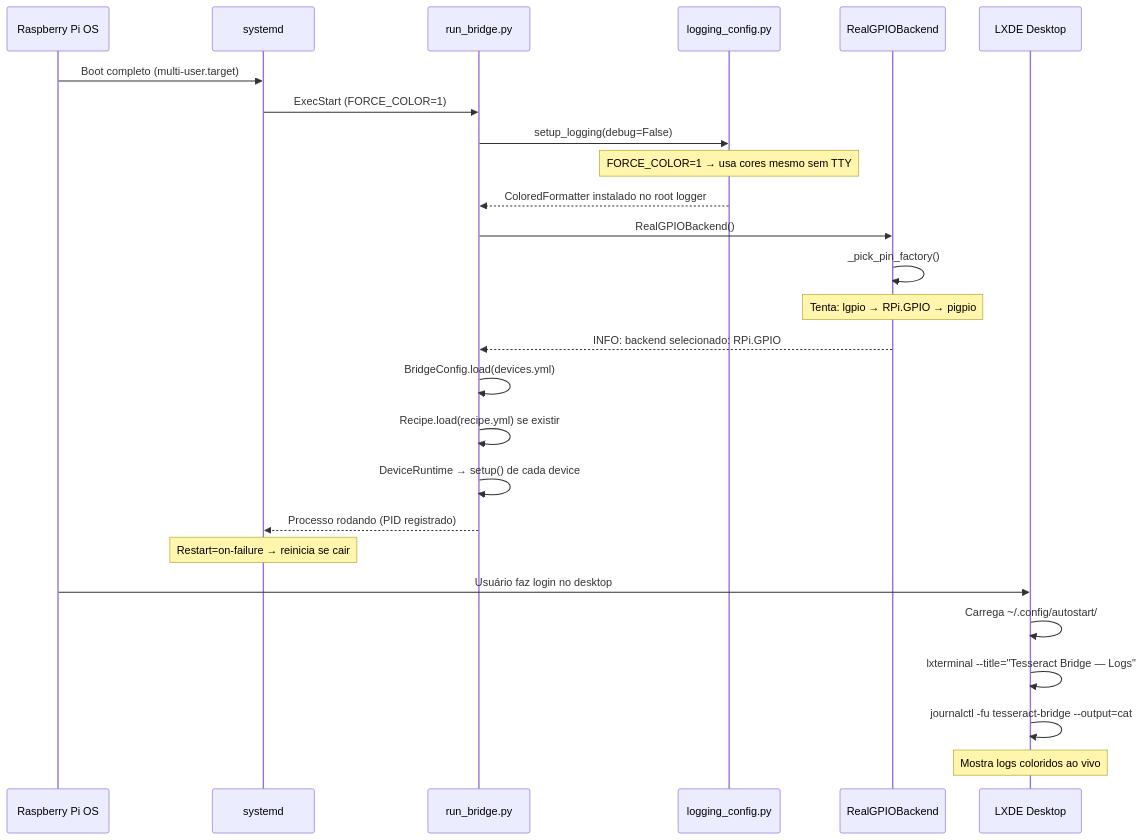
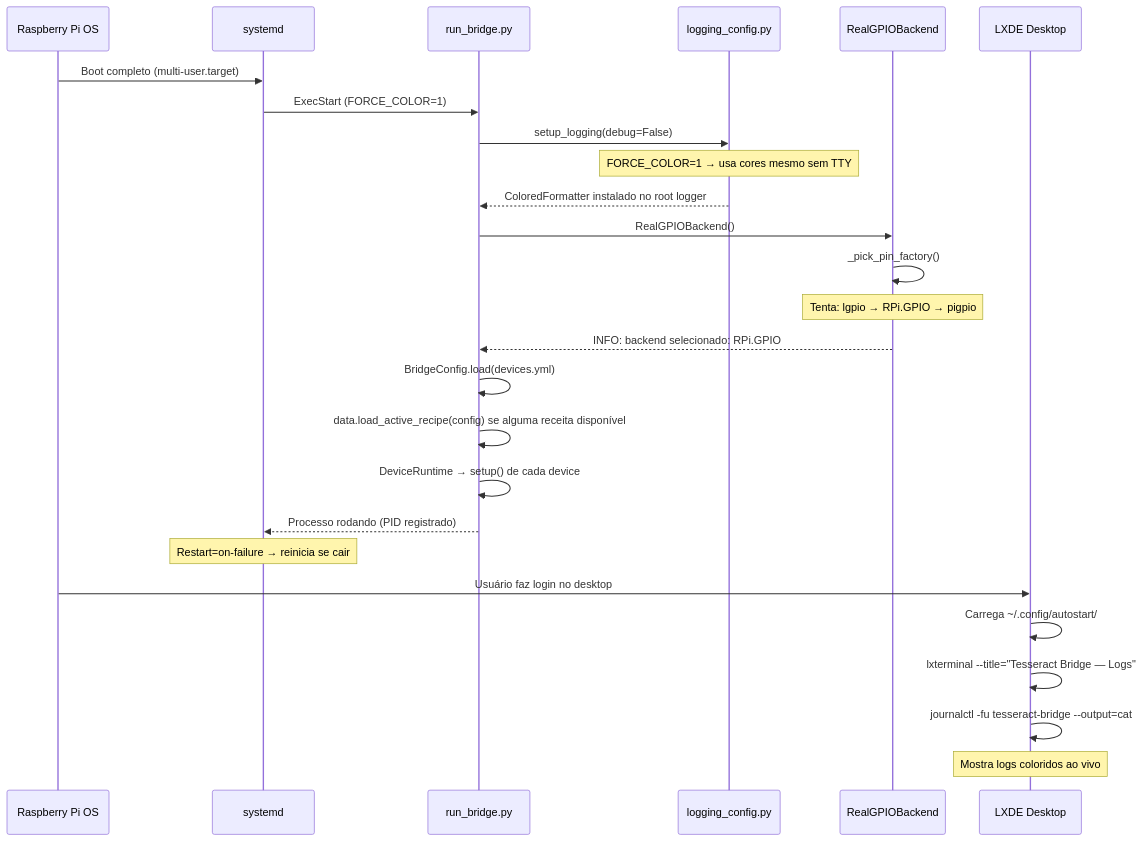
The first of 9 diagrams in docs/technical/03-fluxos.md (ChristopherNicolasSMM/Tesseract-Device-Bridge), drawn with Mermaid before and after one commit. The commit also changed 14 other files, not shown here.

````diff
--- a/docs/technical/03-fluxos.md
+++ b/docs/technical/03-fluxos.md
@@ -9,33 +9,33 @@
 ```mermaid
 sequenceDiagram
     participant OS as Raspberry Pi OS
     participant SD as systemd
     participant BR as run_bridge.py
     participant LC as logging_config.py
     participant GPIO as RealGPIOBackend
     participant LXDE as LXDE Desktop
 
     OS->>SD: Boot completo (multi-user.target)
     SD->>BR: ExecStart (FORCE_COLOR=1)
     BR->>LC: setup_logging(debug=False)
     Note over LC: FORCE_COLOR=1 → usa cores mesmo sem TTY
     LC-->>BR: ColoredFormatter instalado no root logger
 
     BR->>GPIO: RealGPIOBackend()
     GPIO->>GPIO: _pick_pin_factory()
     Note over GPIO: Tenta: lgpio → RPi.GPIO → pigpio
     GPIO-->>BR: INFO: backend selecionado: RPi.GPIO
 
     BR->>BR: BridgeConfig.load(devices.yml)
-    BR->>BR: Recipe.load(recipe.yml) se existir
+    BR->>BR: data.load_active_recipe(config) se alguma receita disponível
     BR->>BR: DeviceRuntime → setup() de cada device
     BR-->>SD: Processo rodando (PID registrado)
 
     Note over SD: Restart=on-failure → reinicia se cair
 
     OS->>LXDE: Usuário faz login no desktop
     LXDE->>LXDE: Carrega ~/.config/autostart/
     LXDE->>LXDE: lxterminal --title="Tesseract Bridge — Logs"
     LXDE->>LXDE: journalctl -fu tesseract-bridge --output=cat
     Note over LXDE: Mostra logs coloridos ao vivo
 ```
````
